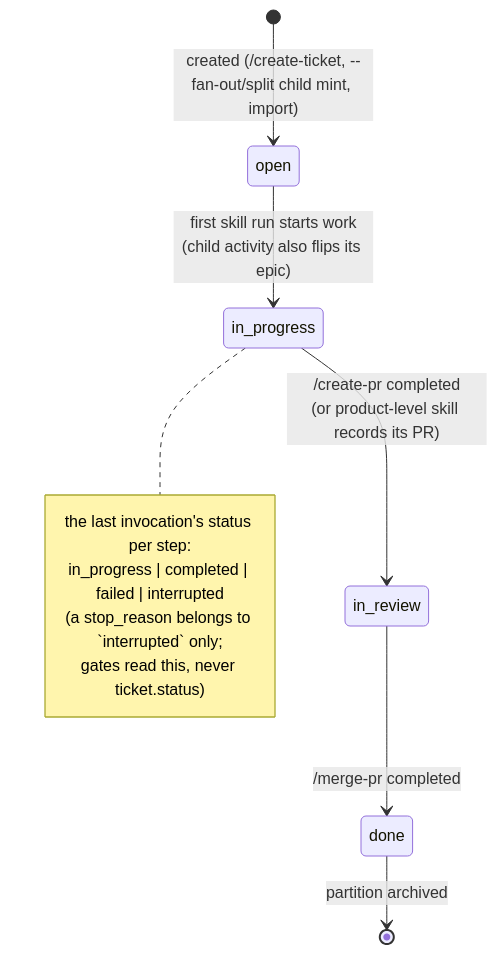
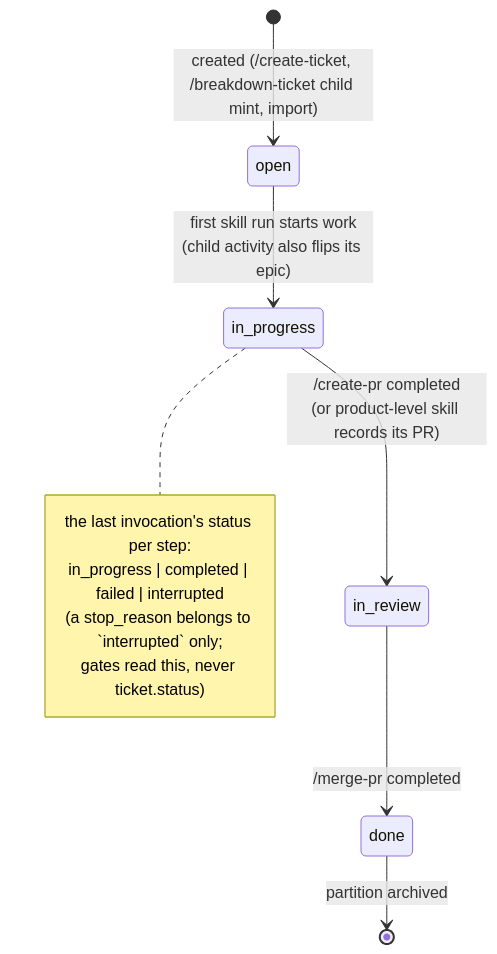
The first of 2 diagrams in docs/architecture/lld/flows/ticket-lifecycle.md (globalmindsolution/gms-marketplace), drawn with Mermaid before and after one commit. The commit also changed other lines of this file and 217 other files, not shown here.

First line of the commit message:
/acs:breakdown-ticket, type-specific ticket authors, and a bug ticket type (ADR-0138)

````diff
--- a/docs/architecture/lld/flows/ticket-lifecycle.md
+++ b/docs/architecture/lld/flows/ticket-lifecycle.md
@@ -5,15 +5,15 @@
 ```mermaid
 stateDiagram-v2
-    [*] --> open: created (/create-ticket, --fan-out/split child mint, import)
+    [*] --> open: created (/create-ticket, /breakdown-ticket child mint, import)
     open --> in_progress: first skill run starts work<br/>(child activity also flips its epic)
     in_progress --> in_review: /create-pr completed<br/>(or product-level skill records its PR)
     in_review --> done: /merge-pr completed
     done --> [*]: partition archived
 
     note right of in_progress
         the last invocation's status per step:
         in_progress | completed | failed | interrupted
         (a stop_reason belongs to `interrupted` only;
          gates read this, never ticket.status)
     end note
 ```
````
